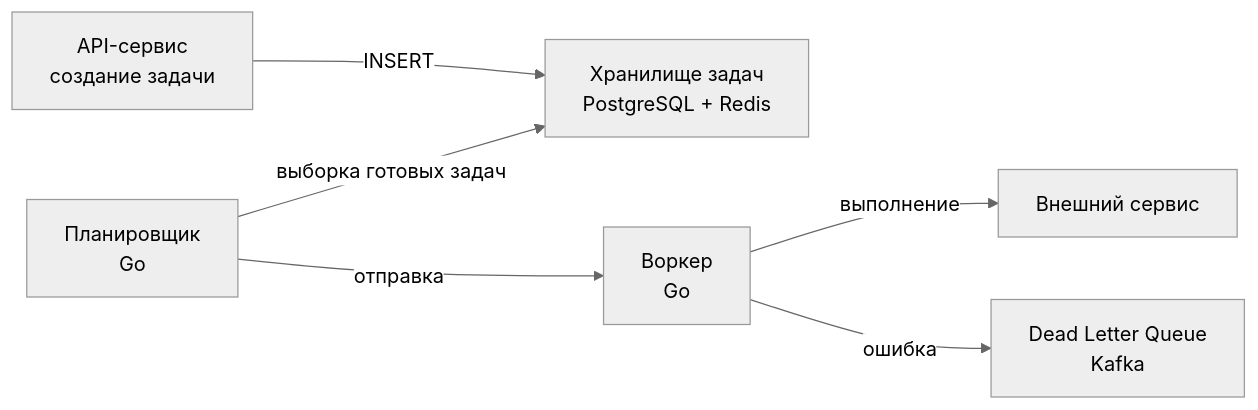
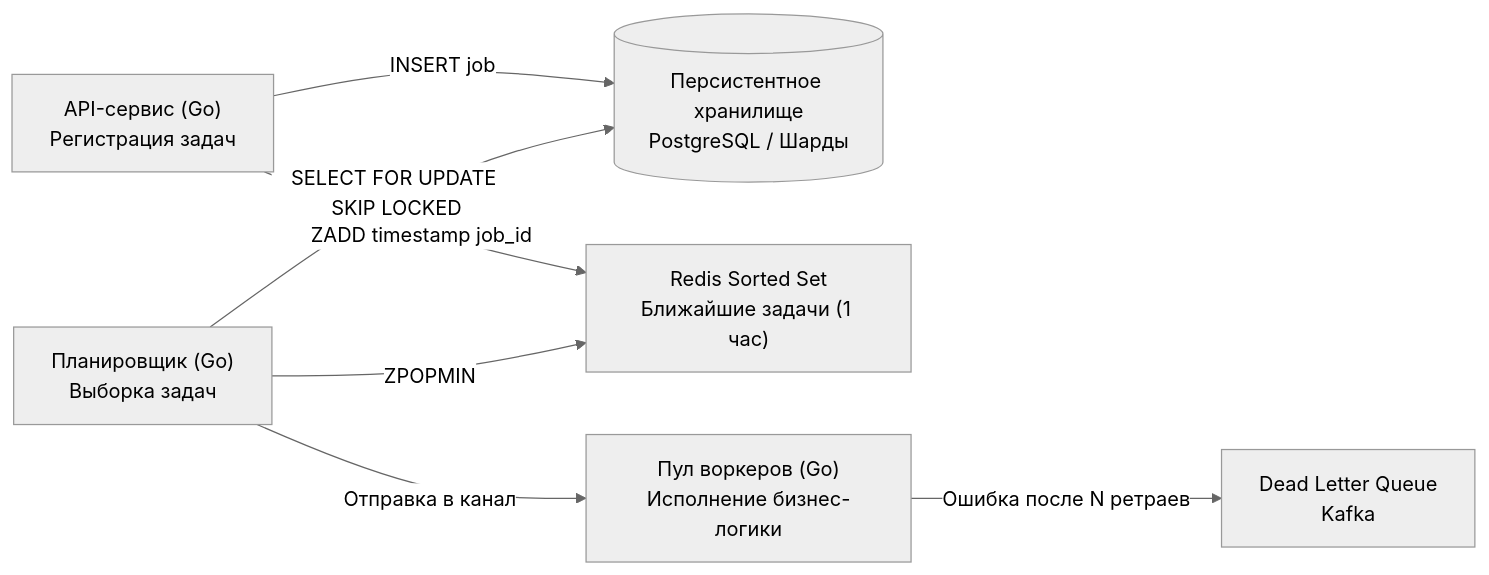
One commit to UnrealTemplier/go-textbook changed the fourth of 10 diagrams in sources/11. Архитектура и System Design/52. Разбор типичных System Design задач.md. Above: the diagram before and after it, drawn with Mermaid (neutral theme). The commit also changed other lines of this file, not shown here.

````diff
--- a/sources/11. Архитектура и System Design/52. Разбор типичных System Design задач.md
+++ b/sources/11. Архитектура и System Design/52. Разбор типичных System Design задач.md
@@ -173,14 +217,16 @@
 ```mermaid
 flowchart LR
-    API["API-сервис<br>создание задачи"]
-    Store["Хранилище задач<br>PostgreSQL + Redis"]
-    Scheduler["Планировщик<br>Go"]
-    Worker["Воркер<br>Go"]
+    API["API-сервис (Go)<br>Регистрация задач"]
+    Store[("Персистентное хранилище<br>PostgreSQL / Шарды")]
+    FastQueue["Redis Sorted Set<br>Ближайшие задачи (1 час)"]
+    Scheduler["Планировщик (Go)<br>Выборка задач"]
+    Worker["Пул воркеров (Go)<br>Исполнение бизнес-логики"]
     DLQ["Dead Letter Queue<br>Kafka"]
 
-    API -->|"INSERT"| Store
-    Scheduler -->|"выборка готовых задач"| Store
-    Scheduler -->|"отправка"| Worker
-    Worker -->|"выполнение"| ExternalSvc["Внешний сервис"]
-    Worker -->|"ошибка"| DLQ
+    API -->|"INSERT job"| Store
+    API -->|"ZADD timestamp job_id"| FastQueue
+    Scheduler -->|"ZPOPMIN"| FastQueue
+    Scheduler -->|"SELECT FOR UPDATE SKIP LOCKED"| Store
+    Scheduler -->|"Отправка в канал"| Worker
+    Worker -->|"Ошибка после N ретраев"| DLQ
 ```
````
